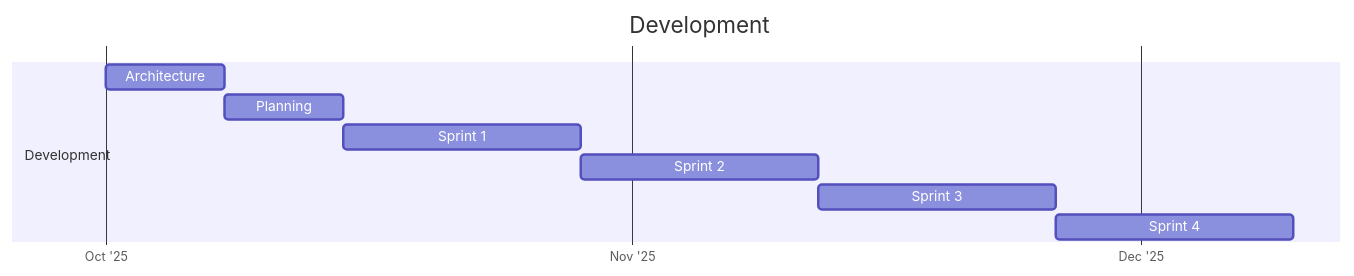
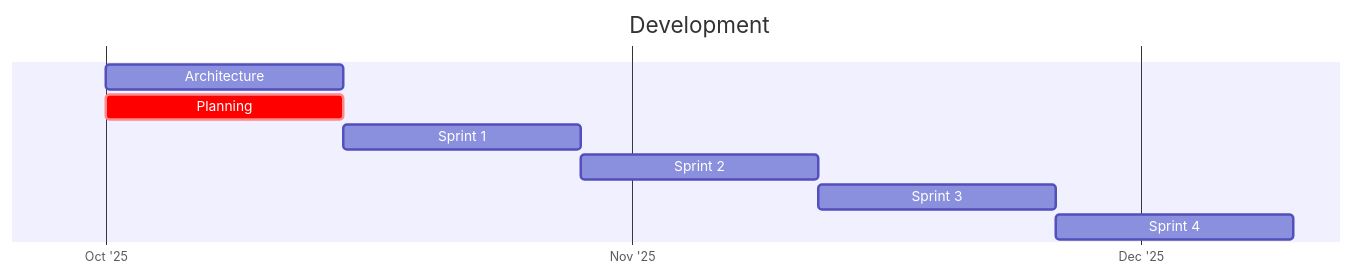
The third of 11 diagrams in mdbook/src/project_4.md (robertsweetman/portfolio), drawn with Mermaid before and after one commit. The commit also changed other lines of this file and 29 other files, not shown here.

````diff
--- a/mdbook/src/project_4.md
+++ b/mdbook/src/project_4.md
@@ -466,15 +290,14 @@
 ```mermaid
 gantt
     title Development
     dateFormat YYYY-MM-DD
     axisFormat %b '%y
     tickInterval 1month
 
-    section Development
-    Architecture :a1, 2025-10-01, 1w
-    Planning :a2, after a1, 1w
+    Architecture :a1, 2025-10-01, 2w
+    Planning :crit, a2, 2025-10-01, 2w
     Sprint 1 :a3, after a2, 2w
     Sprint 2 :a4, after a3, 2w
     Sprint 3 :a5, after a4, 2w
     Sprint 4 :a6, after a5, 2w
 ```
````
